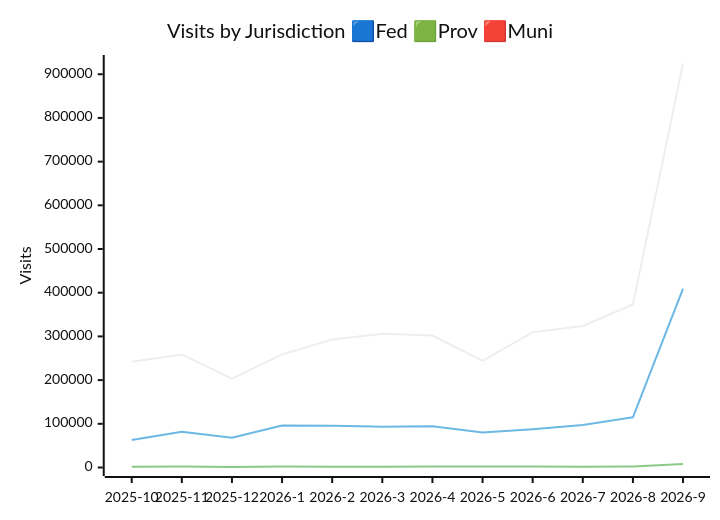
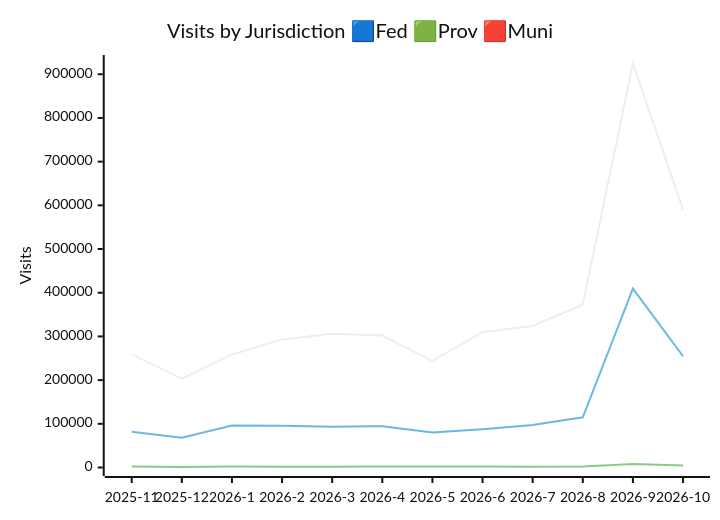
One commit to PatLittle/analytics-corporate-reporting changed the second of 3 diagrams in JURISDICTION_ANALYTICS_REPORT/readme.md. Above: the diagram before and after it, drawn with Mermaid (neutral theme). The commit also changed other lines of this file and 2 other files, not shown here.

````diff
--- a/JURISDICTION_ANALYTICS_REPORT/readme.md
+++ b/JURISDICTION_ANALYTICS_REPORT/readme.md
@@ -27,10 +27,10 @@
 ```mermaid
 
 xychart-beta
     title "Visits by Jurisdiction 🟦Fed 🟩Prov 🟥Muni"
-    x-axis [2025-10, 2025-11, 2025-12, 2026-1, 2026-2, 2026-3, 2026-4, 2026-5, 2026-6, 2026-7, 2026-8, 2026-9]
+    x-axis [2025-11, 2025-12, 2026-1, 2026-2, 2026-3, 2026-4, 2026-5, 2026-6, 2026-7, 2026-8, 2026-9, 2026-10]
     y-axis "Visits" 0 --> 924593
-    line [241848, 258794, 203364, 258745, 292899, 306031, 302089, 244095, 309690, 323942, 372949, 924583]
-    line [62892, 81845, 68266, 95932, 95349, 93503, 94555, 80340, 87536, 97023, 115014, 409537]
-    line [1717, 2282, 1200, 2113, 1718, 1475, 2389, 2241, 2036, 1954, 2432, 7862]
+    line [258794, 203364, 258745, 292899, 306031, 302089, 244095, 309690, 323942, 372949, 924583, 590245]
+    line [81845, 68266, 95932, 95349, 93503, 94555, 80340, 87536, 97023, 115014, 409537, 254619]
+    line [2282, 1200, 2113, 1718, 1475, 2389, 2241, 2036, 1954, 2432, 7862, 4611]
 ```
````
